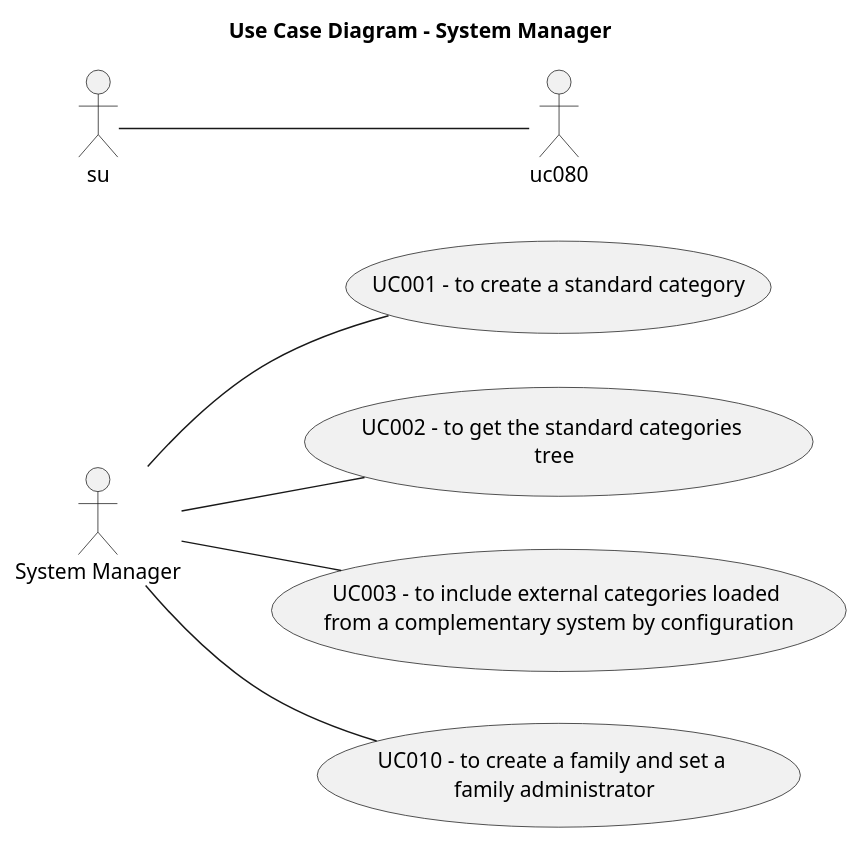
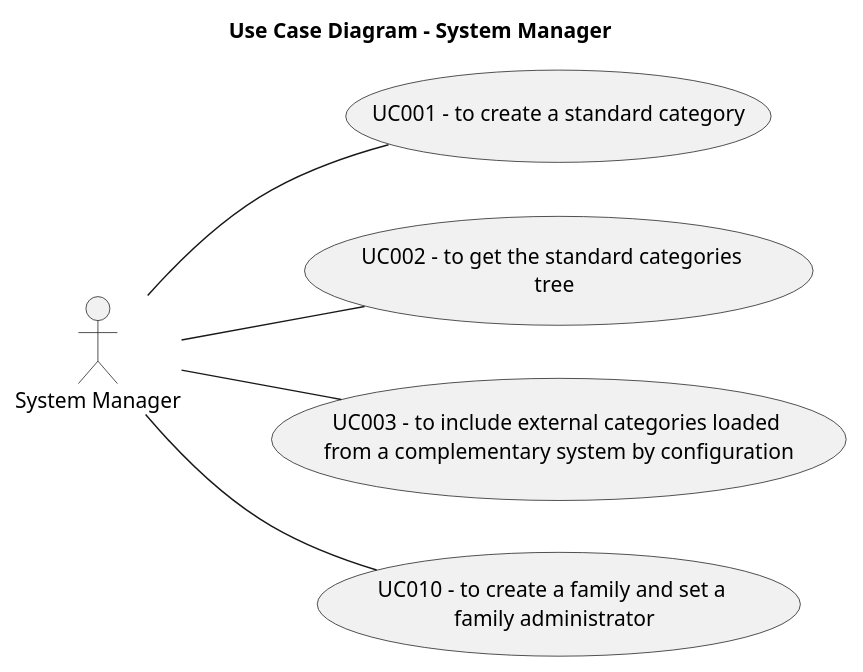
The diagram in docs/sprint6/diagrams/UseCaseDiagramSM.puml (tomas-osswald/switch_2020_g3), drawn with PlantUML before and after one commit.

Commit message:
remove unnecessary actor

```diff
--- a/docs/sprint6/diagrams/UseCaseDiagramSM.puml
+++ b/docs/sprint6/diagrams/UseCaseDiagramSM.puml
@@ -1,20 +1,19 @@
 @startuml
 
 left to right direction
 
 title Use Case Diagram - System Manager
 
 actor "System Manager" as sm
 
 usecase "UC001 - to create a standard category" as uc001
 usecase "UC002 - to get the standard categories \ntree" as uc002
 usecase "UC003 - to include external categories loaded \nfrom a complementary system by configuration" as uc003
 usecase "UC010 - to create a family and set a \nfamily administrator" as uc010
 
 sm -- uc001
 sm -- uc002
 sm -- uc003
 sm -- uc010
-su -- uc080
 
 @enduml
```
